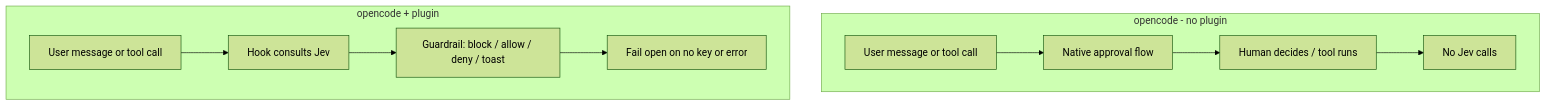
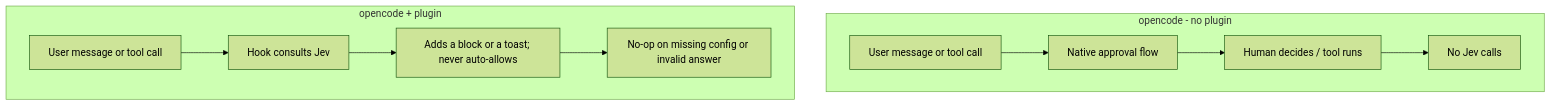
Before and after one commit to vheins/opencode-jev: the second of 2 diagrams in README.md, drawn with Mermaid (forest theme). The commit also changed other lines of this file and 1 other file, not shown here.

First line of the commit message:
📝 docs: document required JEV_BASE_URL and block-only semantics

````diff
--- a/README.md
+++ b/README.md
@@ -36,13 +38,13 @@
 ```mermaid
 flowchart TD
   subgraph VAN["opencode - no plugin"]
     V1["User message or tool call"] --> V2["Native approval flow"]
     V2 --> V3["Human decides / tool runs"]
     V3 --> V4["No Jev calls"]
   end
   subgraph PLU["opencode + plugin"]
     P1["User message or tool call"] --> P2["Hook consults Jev"]
-    P2 --> P3["Guardrail: block / allow / deny / toast"]
-    P3 --> P4["Fail open on no key or error"]
+    P2 --> P3["Adds a block or a toast; never auto-allows"]
+    P3 --> P4["No-op on missing config or invalid answer"]
   end
 ```
````
